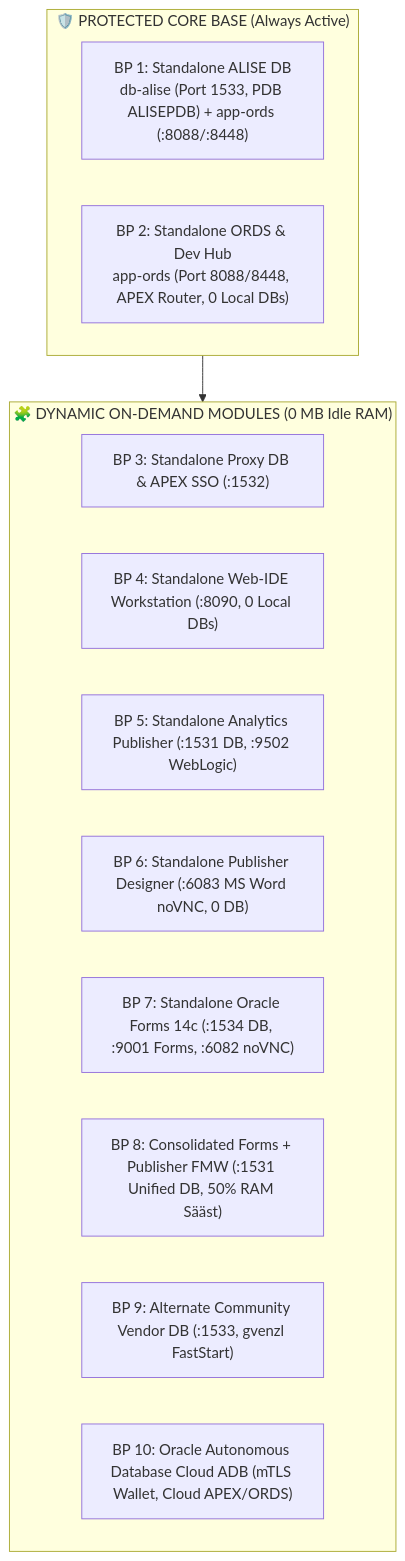
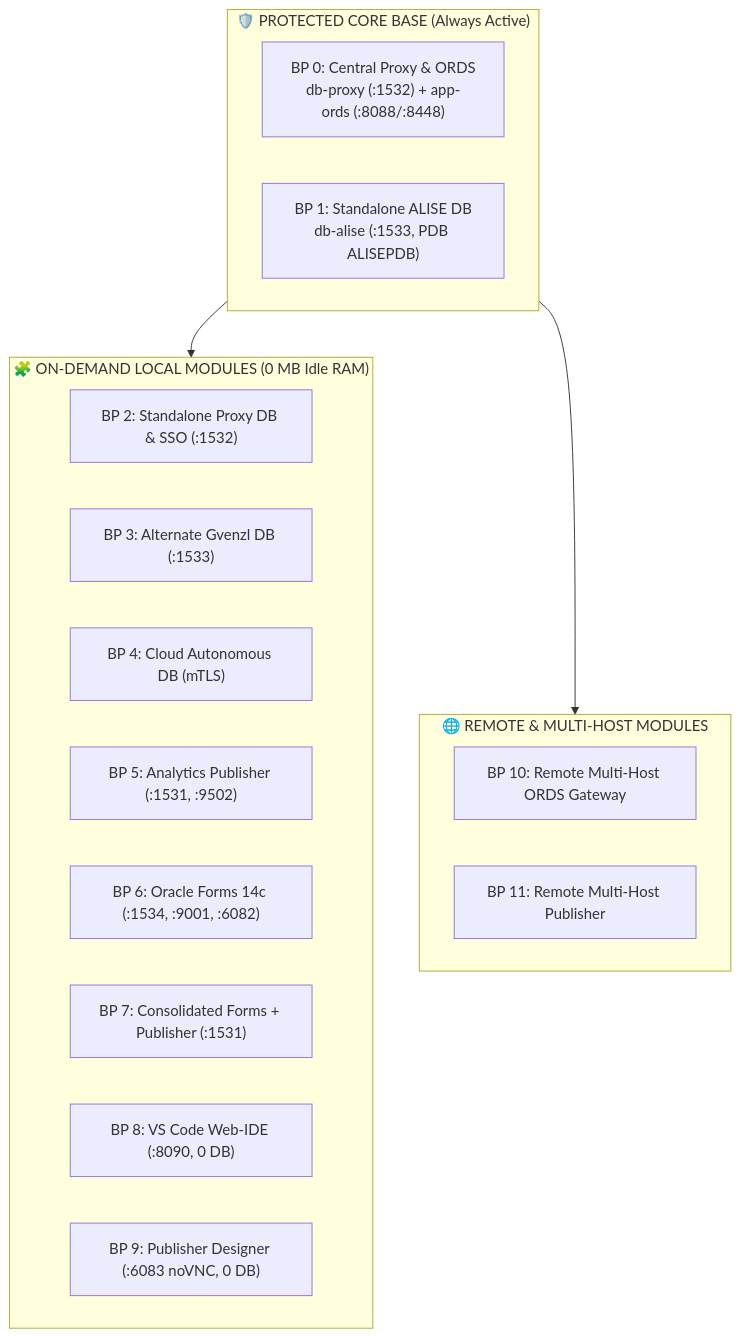
One commit to alahe/oracle-devops-platform changed the diagram in .agents/skills/blueprints_and_topology/SKILL.md. Above: the diagram before and after it, drawn with Mermaid. The commit also changed other lines of this file and 412 other files, not shown here.

````diff
--- a/.agents/skills/blueprints_and_topology/SKILL.md
+++ b/.agents/skills/blueprints_and_topology/SKILL.md
@@ -16,20 +37,26 @@
 ```mermaid
 flowchart TD
     subgraph Core ["🛡️ PROTECTED CORE BASE (Always Active)"]
-        BP1["BP 1: Standalone ALISE DB<br/>db-alise (Port 1533, PDB ALISEPDB) + app-ords (:8088/:8448)"]
-        BP2["BP 2: Standalone ORDS & Dev Hub<br/>app-ords (Port 8088/8448, APEX Router, 0 Local DBs)"]
+        BP0["BP 0: Central Proxy & ORDS<br/>db-proxy (:1532) + app-ords (:8088/:8448)"]
+        BP1["BP 1: Standalone ALISE DB<br/>db-alise (:1533, PDB ALISEPDB)"]
     end
 
-    subgraph DynamicModules ["🧩 DYNAMIC ON-DEMAND MODULES (0 MB Idle RAM)"]
-        BP3["BP 3: Standalone Proxy DB & APEX SSO (:1532)"]
-        BP4["BP 4: Standalone Web-IDE Workstation (:8090, 0 Local DBs)"]
-        BP5["BP 5: Standalone Analytics Publisher (:1531 DB, :9502 WebLogic)"]
-        BP6["BP 6: Standalone Publisher Designer (:6083 MS Word noVNC, 0 DB)"]
-        BP7["BP 7: Standalone Oracle Forms 14c (:1534 DB, :9001 Forms, :6082 noVNC)"]
-        BP8["BP 8: Consolidated Forms + Publisher FMW (:1531 Unified DB, 50% RAM Sääst)"]
-        BP9["BP 9: Alternate Community Vendor DB (:1533, gvenzl FastStart)"]
-        BP10["BP 10: Oracle Autonomous Database Cloud ADB (mTLS Wallet, Cloud APEX/ORDS)"]
+    subgraph LocalModules ["🧩 ON-DEMAND LOCAL MODULES (0 MB Idle RAM)"]
+        BP2["BP 2: Standalone Proxy DB & SSO (:1532)"]
+        BP3["BP 3: Alternate Gvenzl DB (:1533)"]
+        BP4["BP 4: Cloud Autonomous DB (mTLS)"]
+        BP5["BP 5: Analytics Publisher (:1531, :9502)"]
+        BP6["BP 6: Oracle Forms 14c (:1534, :9001, :6082)"]
+        BP7["BP 7: Consolidated Forms + Publisher (:1531)"]
+        BP8["BP 8: VS Code Web-IDE (:8090, 0 DB)"]
+        BP9["BP 9: Publisher Designer (:6083 noVNC, 0 DB)"]
     end
 
-    Core --> DynamicModules
+    subgraph RemoteEnterprise ["🌐 REMOTE & MULTI-HOST MODULES"]
+        BP10["BP 10: Remote Multi-Host ORDS Gateway"]
+        BP11["BP 11: Remote Multi-Host Publisher"]
+    end
+
+    Core --> LocalModules
+    Core --> RemoteEnterprise
 ```
````
